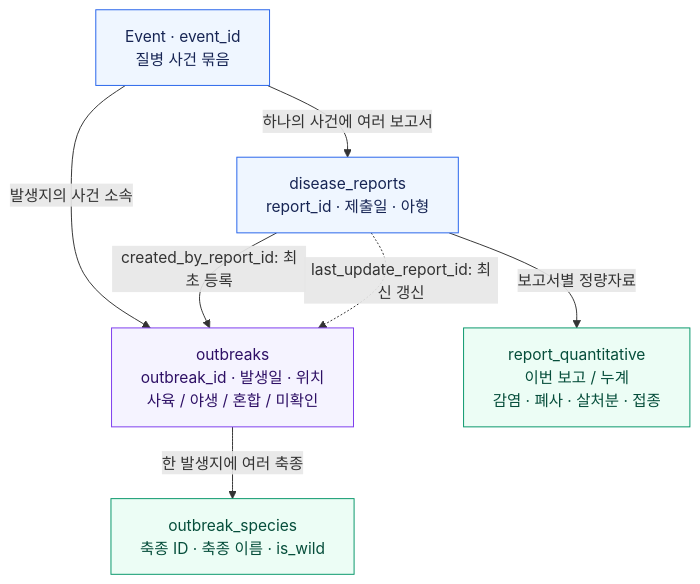
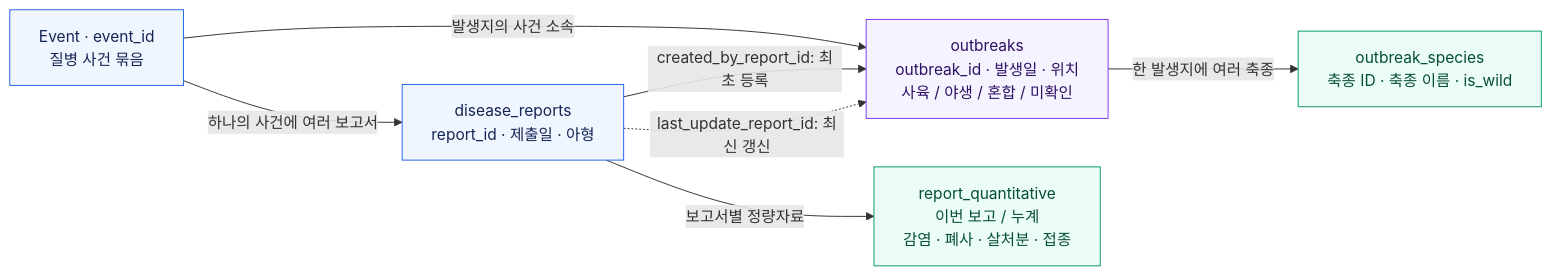
One commit to jshdata/wahis-slack-monitor changed the third of 3 diagrams in README.md. Above: the diagram before and after it, drawn with Mermaid. The commit also changed other lines of this file, not shown here.

Commit message:
Arrange README diagrams horizontally

````diff
--- a/README.md
+++ b/README.md
@@ -229,22 +229,22 @@
 ```mermaid
-flowchart TB
+flowchart LR
     EVENT["Event · event_id<br/>질병 사건 묶음"]
     REPORT["disease_reports<br/>report_id · 제출일 · 아형"]
     OUTBREAK["outbreaks<br/>outbreak_id · 발생일 · 위치<br/>사육 / 야생 / 혼합 / 미확인"]
     SPECIES["outbreak_species<br/>축종 ID · 축종 이름 · is_wild"]
     QUANTITY["report_quantitative<br/>이번 보고 / 누계<br/>감염 · 폐사 · 살처분 · 접종"]
 
     EVENT -->|하나의 사건에 여러 보고서| REPORT
     EVENT -->|발생지의 사건 소속| OUTBREAK
     REPORT -->|created_by_report_id: 최초 등록| OUTBREAK
     REPORT -.->|last_update_report_id: 최신 갱신| OUTBREAK
     OUTBREAK -->|한 발생지에 여러 축종| SPECIES
     REPORT -->|보고서별 정량자료| QUANTITY
 
     classDef entity fill:#eff6ff,stroke:#2563eb,color:#172554
     classDef core fill:#f5f3ff,stroke:#7c3aed,color:#2e1065
     classDef detail fill:#ecfdf5,stroke:#059669,color:#064e3b
     class EVENT,REPORT entity
     class OUTBREAK core
     class SPECIES,QUANTITY detail
 ```
````
